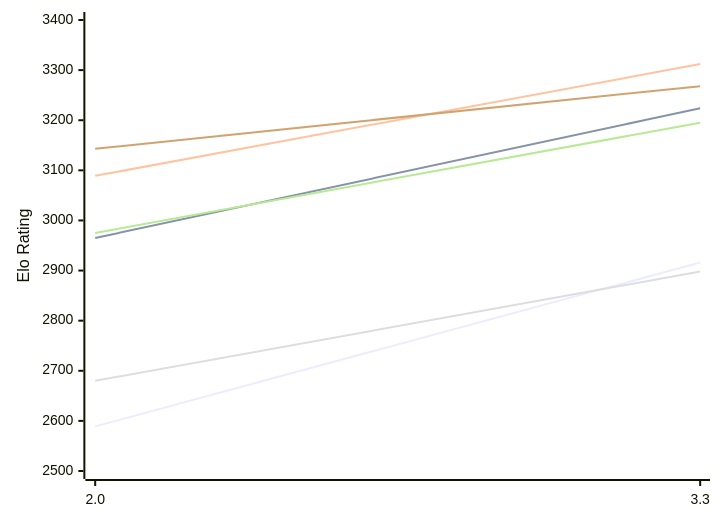
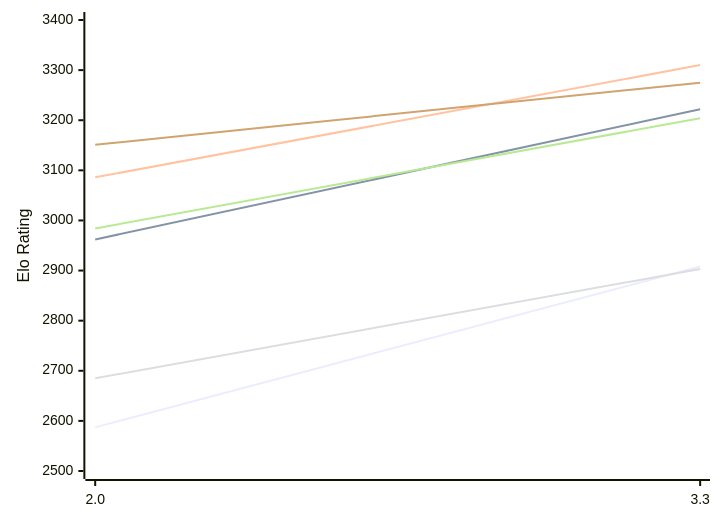
One commit to computer-chess-index/cci changed the first of 2 diagrams in engines/Ceylondemon.md. Above: the diagram before and after it, drawn with Mermaid. The commit also changed other lines of this file, not shown here.

Commit message:
Update CCI Ratings (ELO VLTC) - 2026-11-23

````diff
--- a/engines/Ceylondemon.md
+++ b/engines/Ceylondemon.md
@@ -50,12 +50,12 @@
 ```mermaid
 %%{init: {"theme":"base","themeVariables":{"seriesColors:['#a3a3a3','#222221','#faa371']}}}%%
 xychart-beta
   x-axis ["2.0", "3.3"]
   y-axis "Elo Rating" 2500 --> 3400
-  line "E1: STC (8.0+0.08s)" [2589, 2916]
-  line "E1: LTC (60.0+0.60s)" [2965, 3224]
-  line "E1: VLTC (2m24s+1.12s)" [3089, 3312]
-  line "P1: STC (8.0+0.08s)" [2680, 2898]
-  line "P1: LTC (60.0+0.60s)" [2975, 3195]
-  line "P1: VLTC (2m24s+1.12s)" [3143, 3268]
+  line "E1: STC (8.0+0.08s)" [2587, 2908]
+  line "E1: LTC (60.0+0.60s)" [2962, 3222]
+  line "E1: VLTC (2m24s+1.12s)" [3086, 3310]
+  line "P1: STC (8.0+0.08s)" [2685, 2903]
+  line "P1: LTC (60.0+0.60s)" [2984, 3204]
+  line "P1: VLTC (2m24s+1.12s)" [3151, 3275]
 ```
````
